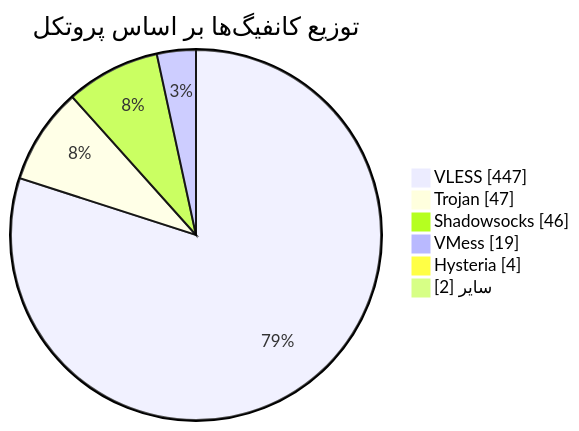
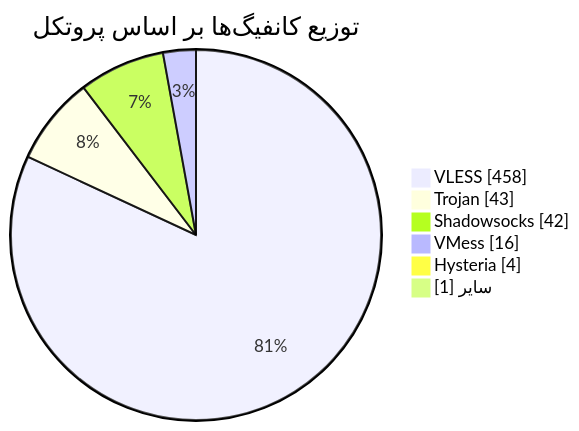
The diagram in README.md (Arian-Alijani/Somthing), drawn with Mermaid before and after one commit. The commit also changed other lines of this file and 85 other files, not shown here.

````diff
--- a/README.md
+++ b/README.md
@@ -48,10 +48,10 @@
 ```mermaid
 pie showData
     title توزیع کانفیگ‌ها بر اساس پروتکل
-    "VLESS" : 447
-    "Trojan" : 47
-    "Shadowsocks" : 46
-    "VMess" : 19
+    "VLESS" : 458
+    "Trojan" : 43
+    "Shadowsocks" : 42
+    "VMess" : 16
     "Hysteria" : 4
-    "سایر" : 2
+    "سایر" : 1
 ```
````
